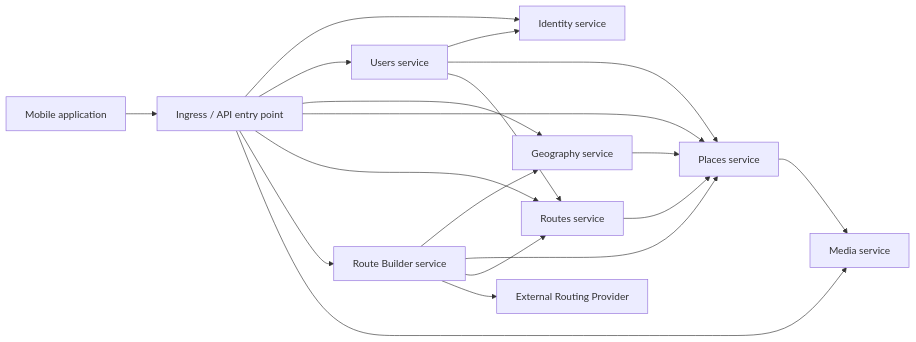
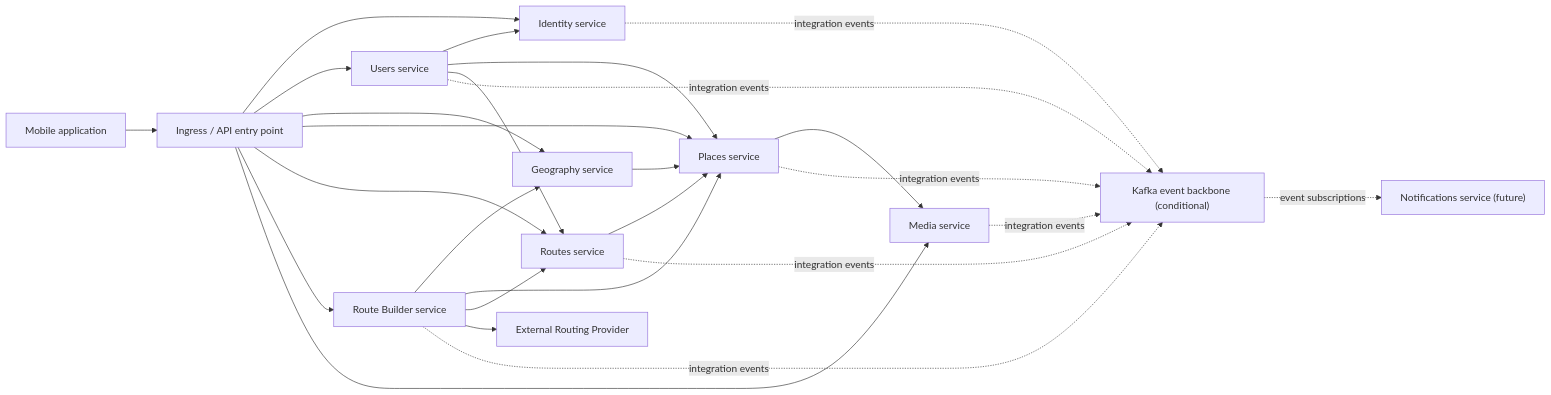
Before and after one commit to crimea-travel-platform/tourism-platform: the diagram in docs/diagrams/future-domain-services.md, drawn with Mermaid. The commit also changed other lines of this file and 8 other files, not shown here.

First line of the commit message:
docs: plan Kafka event backbone

````diff
--- a/docs/diagrams/future-domain-services.md
+++ b/docs/diagrams/future-domain-services.md
@@ -6,34 +6,44 @@
 ```mermaid
 flowchart LR
     Mobile[Mobile application]
     EntryPoint["Ingress / API entry point"]
 
     Identity[Identity service]
     Users[Users service]
     Geography[Geography service]
     Places[Places service]
     Routes[Routes service]
     Builder[Route Builder service]
     Media[Media service]
+    Notifications["Notifications service (future)"]
+    Kafka["Kafka event backbone (conditional)"]
     Provider[External Routing Provider]
 
     Mobile --> EntryPoint
     EntryPoint --> Identity
     EntryPoint --> Users
     EntryPoint --> Geography
     EntryPoint --> Places
     EntryPoint --> Routes
     EntryPoint --> Builder
     EntryPoint --> Media
 
     Users --> Identity
     Users --> Places
     Users --> Routes
     Geography --> Places
     Places --> Media
     Routes --> Places
     Builder --> Geography
     Builder --> Places
     Builder --> Routes
     Builder --> Provider
+
+    Identity -.->|integration events| Kafka
+    Users -.->|integration events| Kafka
+    Places -.->|integration events| Kafka
+    Routes -.->|integration events| Kafka
+    Builder -.->|integration events| Kafka
+    Media -.->|integration events| Kafka
+    Kafka -.->|event subscriptions| Notifications
 ```
````
